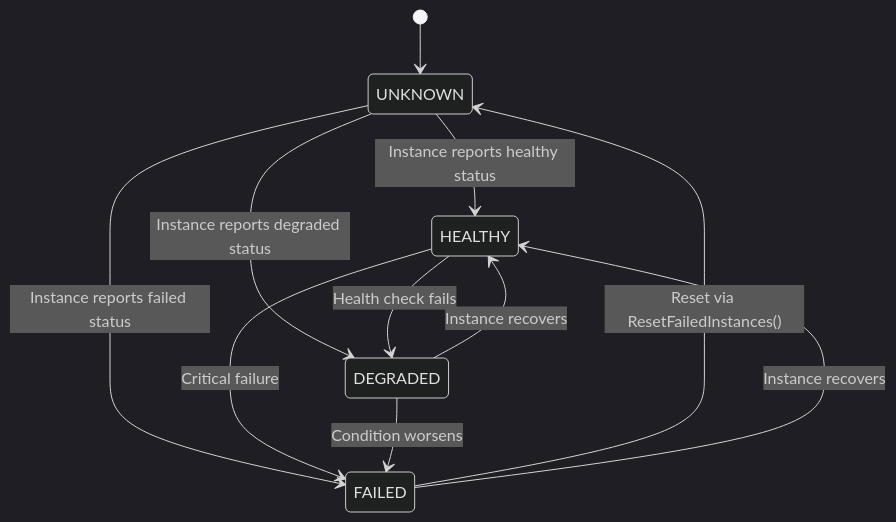
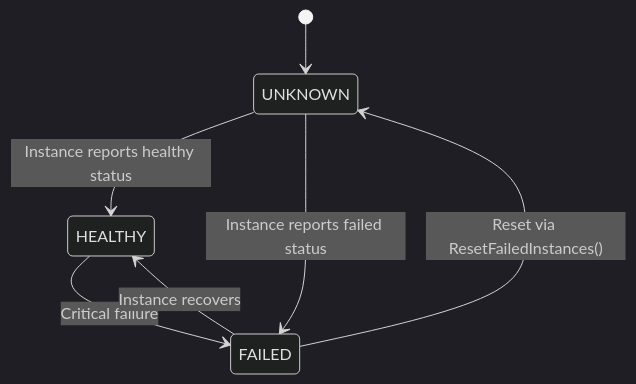
Before and after one commit to xNok/dides: the second of 9 diagrams in docs/state_machine_diagram.md, drawn with Mermaid (dark theme). The commit also changed other lines of this file and 3 other files, not shown here.

Commit message:
docs: update diagrams

````diff
--- a/docs/state_machine_diagram.md
+++ b/docs/state_machine_diagram.md
@@ -31,13 +31,9 @@
 ```mermaid
 stateDiagram-v2
     [*] --> UNKNOWN
     UNKNOWN --> HEALTHY : Instance reports healthy status
-    UNKNOWN --> DEGRADED : Instance reports degraded status
     UNKNOWN --> FAILED : Instance reports failed status
-    HEALTHY --> DEGRADED : Health check fails
     HEALTHY --> FAILED : Critical failure
-    DEGRADED --> HEALTHY : Instance recovers
-    DEGRADED --> FAILED : Condition worsens
     FAILED --> UNKNOWN : Reset via ResetFailedInstances()
     FAILED --> HEALTHY : Instance recovers
 ```
````
